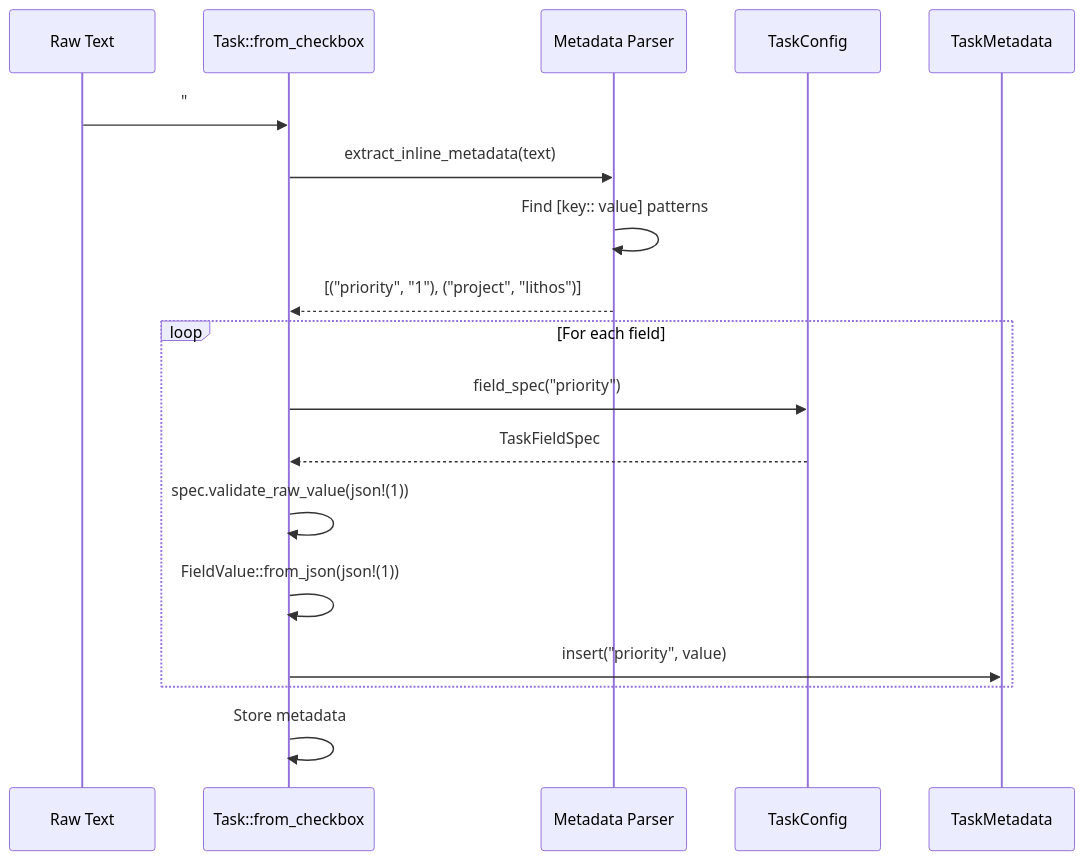
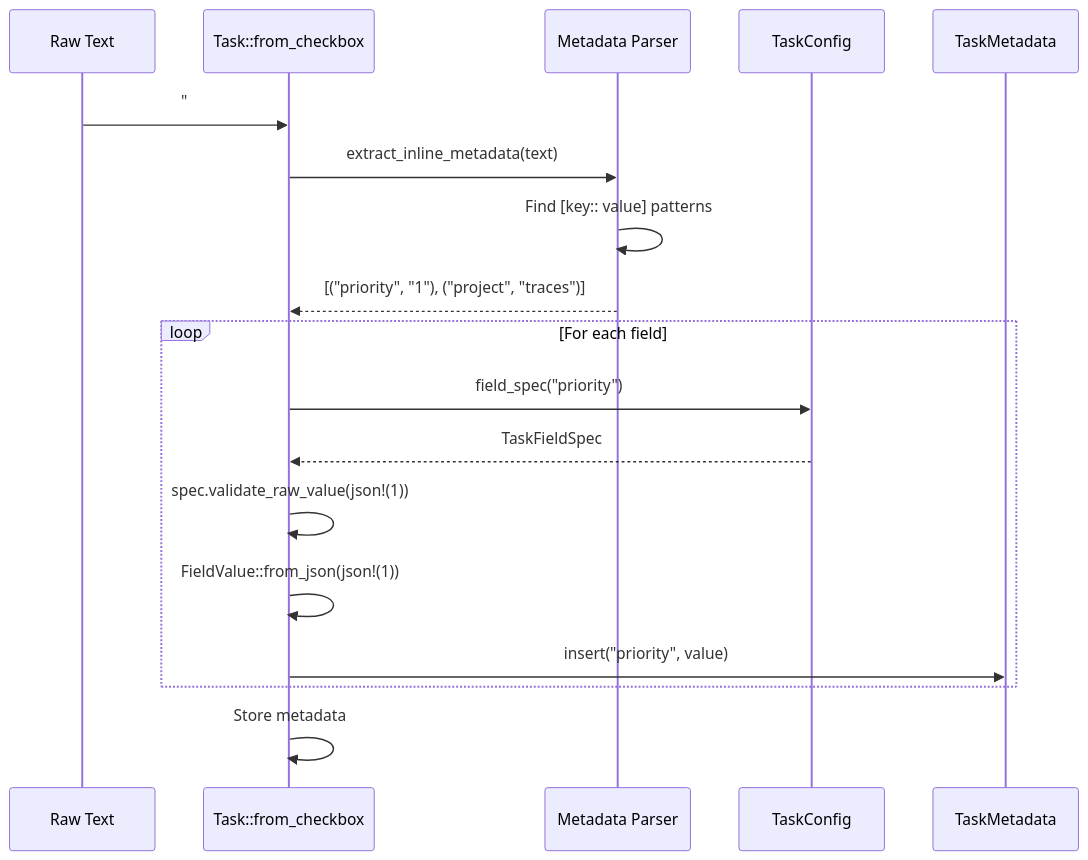
The third of 3 diagrams in docs/legacy/design/note/007-note-list-task.md (JackMatanky/lithos), drawn with Mermaid before and after one commit. The commit also changed other lines of this file and 350 other files, not shown here.

First line of the commit message:
feat: global rename Lithos to Traces

````diff
--- a/docs/legacy/design/note/007-note-list-task.md
+++ b/docs/legacy/design/note/007-note-list-task.md
@@ -760,23 +760,23 @@
 ```mermaid
 sequenceDiagram
     participant Text as Raw Text
     participant Task as Task::from_checkbox
     participant Parser as Metadata Parser
     participant Config as TaskConfig
     participant Meta as TaskMetadata
 
-    Text->>Task: "#task Work [priority:: 1] [project:: lithos]"
+    Text->>Task: "#task Work [priority:: 1] [project:: traces]"
     Task->>Parser: extract_inline_metadata(text)
     Parser->>Parser: Find [key:: value] patterns
-    Parser-->>Task: [("priority", "1"), ("project", "lithos")]
+    Parser-->>Task: [("priority", "1"), ("project", "traces")]
 
     loop For each field
         Task->>Config: field_spec("priority")
         Config-->>Task: TaskFieldSpec
         Task->>Task: spec.validate_raw_value(json!(1))
         Task->>Task: FieldValue::from_json(json!(1))
         Task->>Meta: insert("priority", value)
     end
 
     Task->>Task: Store metadata
 ```
````
